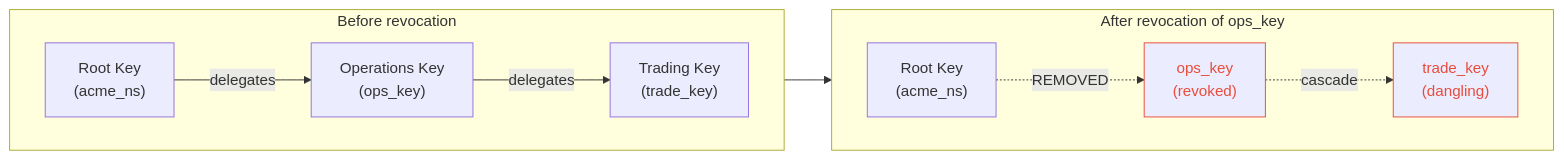
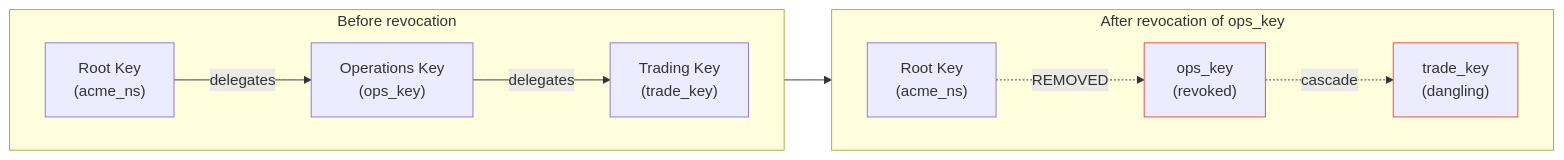
Before and after one commit to crisog/daml: the second of 2 diagrams in docs/content/docs/canton-network/topology-management.mdx, drawn with Mermaid. The commit also changed other lines of this file, not shown here.

````diff
--- a/docs/content/docs/canton-network/topology-management.mdx
+++ b/docs/content/docs/canton-network/topology-management.mdx
@@ -174,19 +173,19 @@
 ```mermaid
 flowchart LR
     subgraph before ["Before revocation"]
         direction LR
         R1["Root Key\n(acme_ns)"] -- delegates --> I1["Operations Key\n(ops_key)"]
         I1 -- delegates --> S1["Trading Key\n(trade_key)"]
     end
 
     subgraph after ["After revocation of ops_key"]
         direction LR
         R2["Root Key\n(acme_ns)"] -. REMOVED .-> I2["ops_key\n(revoked)"]
         I2 -. cascade .-> S2["trade_key\n(dangling)"]
     end
 
     before --> after
 
-    style I2 stroke:#e74c3c,color:#e74c3c
-    style S2 stroke:#e74c3c,color:#e74c3c
+    style I2 stroke:#e74c3c
+    style S2 stroke:#e74c3c
 ```
````
